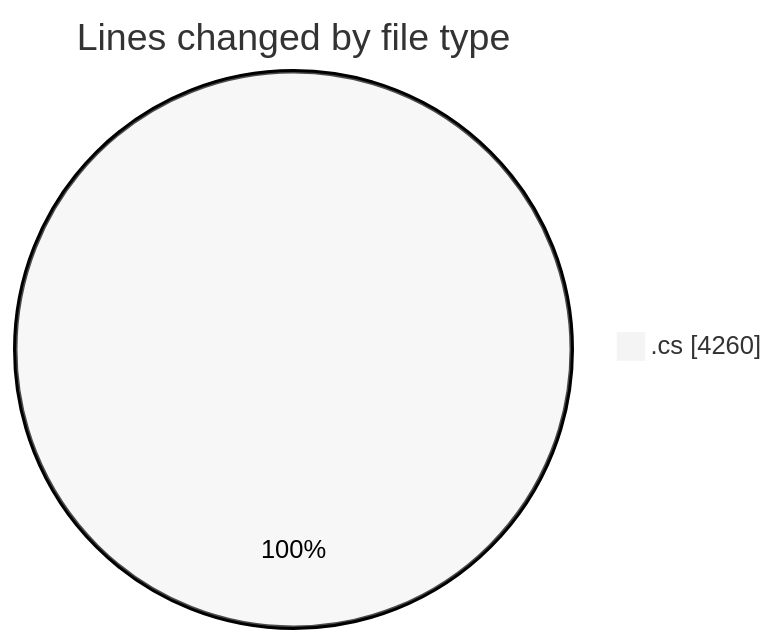
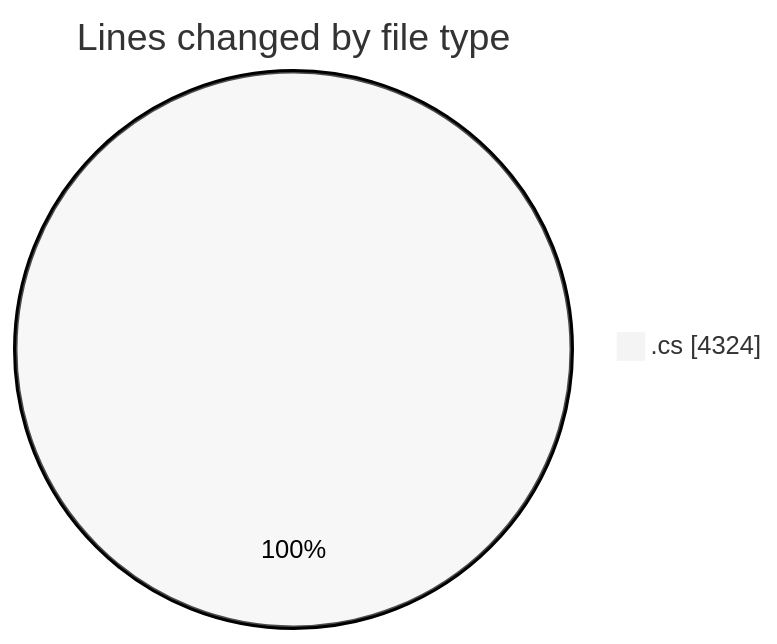
Before and after one commit to Netris89/code-tracking: the first of 2 diagrams in 2025-04-06/back-end/README.md, drawn with Mermaid (neutral theme). The commit also changed other lines of this file and 1 other file, not shown here.

````diff
--- a/2025-04-06/back-end/README.md
+++ b/2025-04-06/back-end/README.md
@@ -46,5 +46,5 @@
 ```mermaid
 pie showData
 title Lines changed by file type
-".cs" : 4260
+".cs" : 4324
 ```
````
